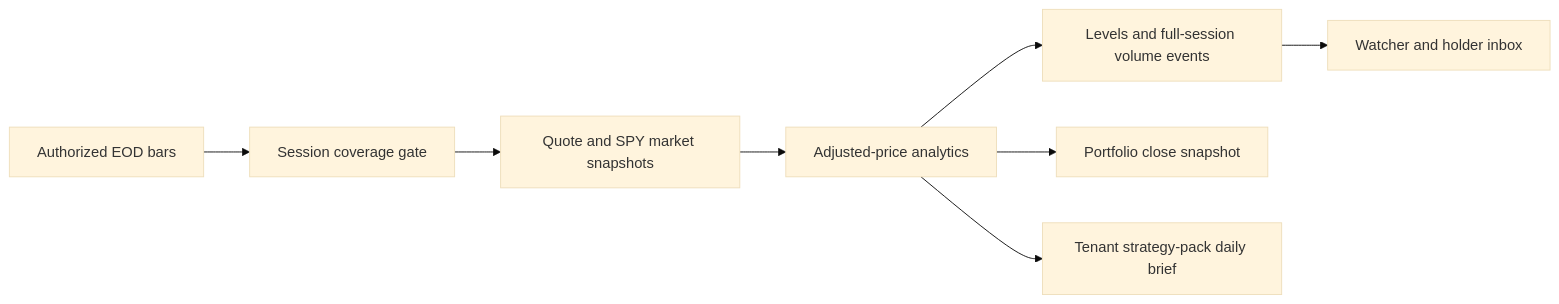
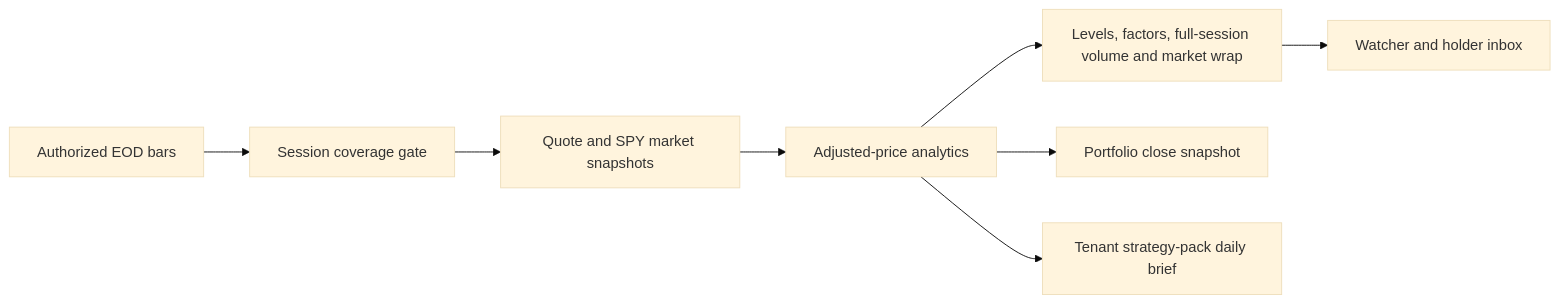
Before and after one commit to iliassays/bullsoftheworld: the diagram in docs/architecture/us-eod-research.md, drawn with Mermaid (base theme). The commit also changed other lines of this file and 50 other files, not shown here.

````diff
--- a/docs/architecture/us-eod-research.md
+++ b/docs/architecture/us-eod-research.md
@@ -22,10 +22,10 @@
 ```mermaid
 flowchart LR
   Bars["Authorized EOD bars"] --> Coverage["Session coverage gate"]
   Coverage --> Snapshot["Quote and SPY market snapshots"]
   Snapshot --> Analytics["Adjusted-price analytics"]
-  Analytics --> Signals["Levels and full-session volume events"]
+  Analytics --> Signals["Levels, factors, full-session volume and market wrap"]
   Signals --> Alerts["Watcher and holder inbox"]
   Analytics --> Portfolio["Portfolio close snapshot"]
   Analytics --> Brief["Tenant strategy-pack daily brief"]
 ```
````
